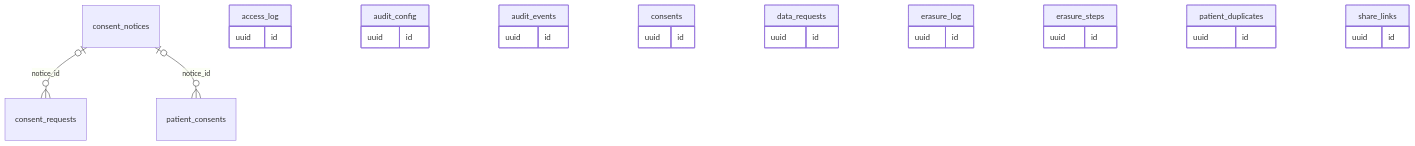
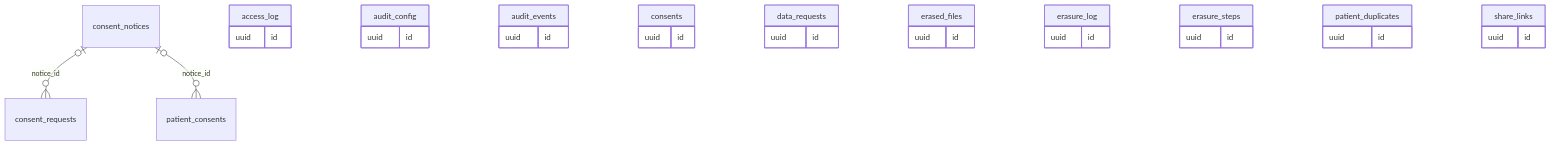
Diagram 12 of 13 in docs/database.md (sakalyatechnologies/aarogyam), drawn with Mermaid before and after one commit. The commit also changed other lines of this file and 14 other files, not shown here.

````diff
--- a/docs/database.md
+++ b/docs/database.md
@@ -3193,32 +3193,35 @@
 ```mermaid
 erDiagram
   consent_notices |o--o{ consent_requests : "notice_id"
   consent_notices |o--o{ patient_consents : "notice_id"
   access_log {
     uuid id
   }
   audit_config {
     uuid id
   }
   audit_events {
     uuid id
   }
   consents {
     uuid id
   }
   data_requests {
     uuid id
   }
+  erased_files {
+    uuid id
+  }
   erasure_log {
     uuid id
   }
   erasure_steps {
     uuid id
   }
   patient_duplicates {
     uuid id
   }
   share_links {
     uuid id
   }
 ```
````
